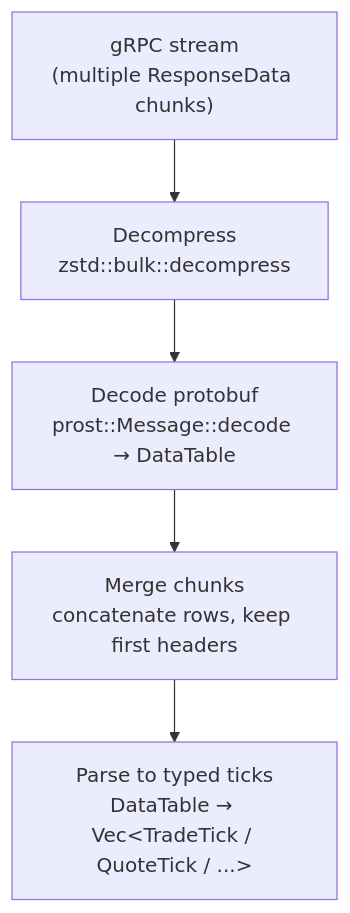
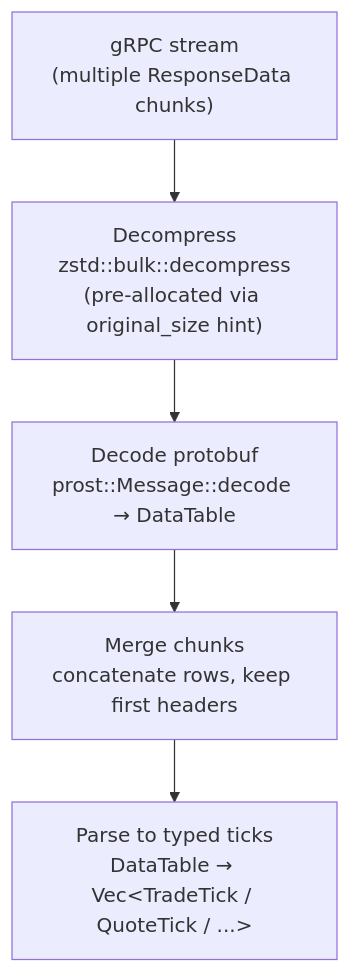
The fifth of 14 diagrams in docs/architecture.md (userFRM/ThetaDataDx), drawn with Mermaid before and after one commit. The commit also changed other lines of this file and 26 other files, not shown here.

````diff
--- a/docs/architecture.md
+++ b/docs/architecture.md
@@ -130,7 +134,7 @@
 ```mermaid
 flowchart TD
-    A["gRPC stream<br/>(multiple ResponseData chunks)"] --> B["Decompress<br/>zstd::bulk::decompress"]
+    A["gRPC stream<br/>(multiple ResponseData chunks)"] --> B["Decompress<br/>zstd::bulk::decompress<br/>(pre-allocated via original_size hint)"]
     B --> C["Decode protobuf<br/>prost::Message::decode → DataTable"]
     C --> D["Merge chunks<br/>concatenate rows, keep first headers"]
     D --> E["Parse to typed ticks<br/>DataTable → Vec&lt;TradeTick / QuoteTick / ...&gt;"]
 ```
````
